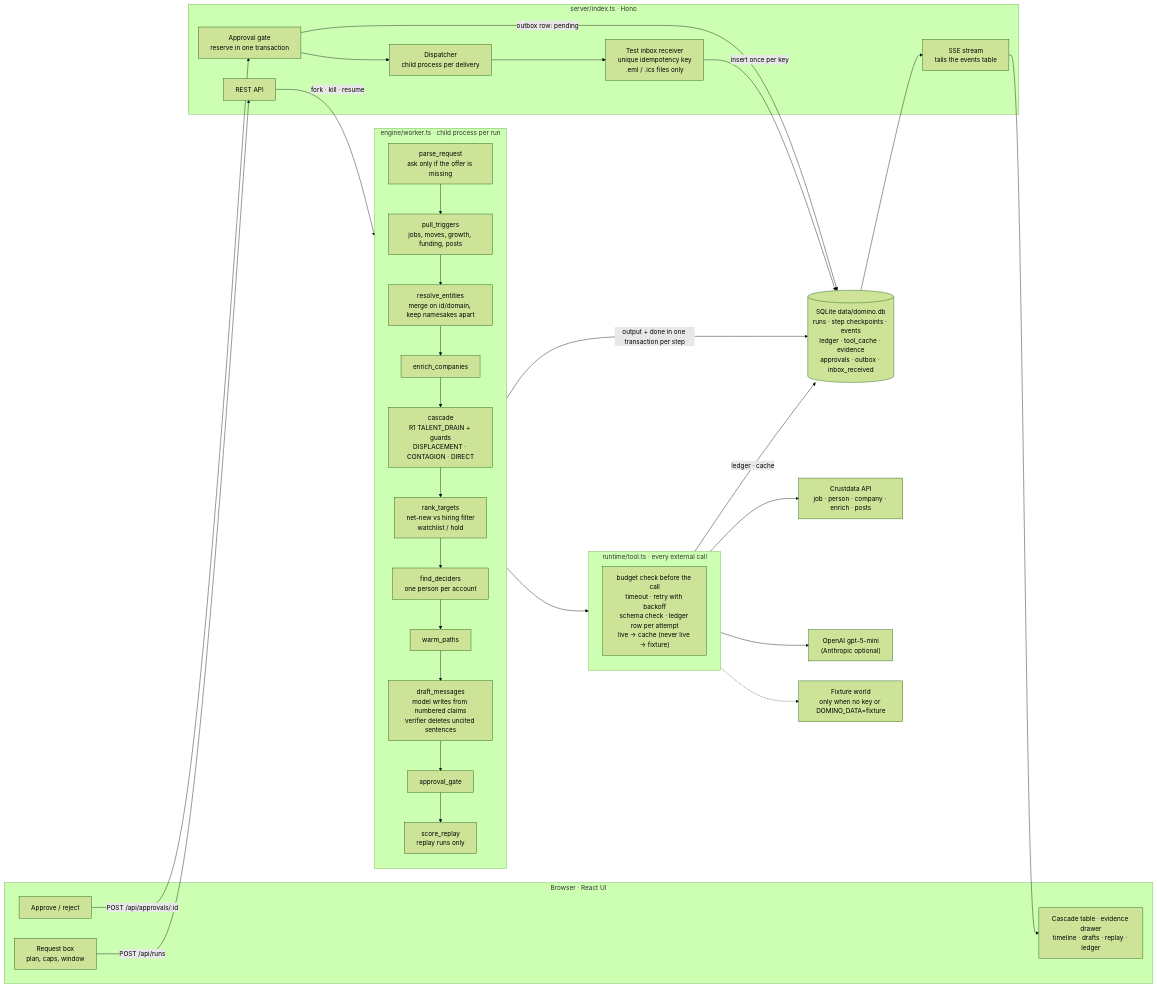
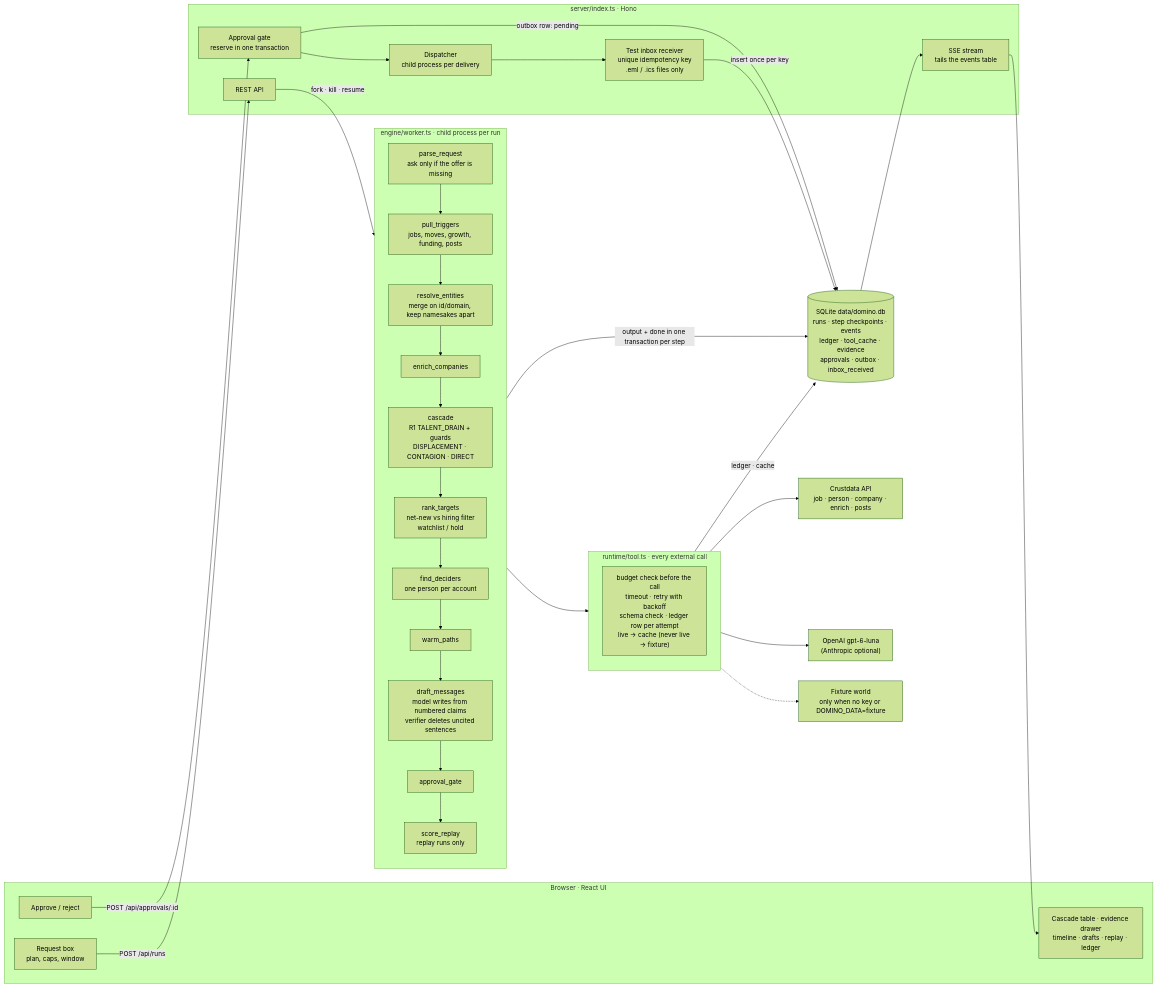
One commit to Begarudev/domino changed the diagram in docs/architecture.mmd. Above: the diagram before and after it, drawn with Mermaid (forest theme). The commit also changed 4 other files, not shown here.

First line of the commit message:
Default model gpt-6-luna (reasoning effort none: ~1.2-1.6s per draft, no timeouts); Luna pricing in the ledger

```diff
--- a/docs/architecture.mmd
+++ b/docs/architecture.mmd
@@ -1,53 +1,53 @@
 flowchart LR
   subgraph Browser["Browser · React UI"]
     REQ["Request box<br/>plan, caps, window"]
     VIEW["Cascade table · evidence drawer<br/>timeline · drafts · replay · ledger"]
     APPROVE["Approve / reject"]
   end
 
   subgraph Server["server/index.ts · Hono"]
     API["REST API"]
     SSE["SSE stream<br/>tails the events table"]
     GATE["Approval gate<br/>reserve in one transaction"]
     DISPATCH["Dispatcher<br/>child process per delivery"]
     INBOX["Test inbox receiver<br/>unique idempotency key<br/>.eml / .ics files only"]
   end
 
   subgraph Engine["engine/worker.ts · child process per run"]
     direction TB
     S1["parse_request<br/>ask only if the offer is missing"]
     S2["pull_triggers<br/>jobs, moves, growth, funding, posts"]
     S3["resolve_entities<br/>merge on id/domain, keep namesakes apart"]
     S4["enrich_companies"]
     S5["cascade<br/>R1 TALENT_DRAIN + guards<br/>DISPLACEMENT · CONTAGION · DIRECT"]
     S6["rank_targets<br/>net-new vs hiring filter<br/>watchlist / hold"]
     S7["find_deciders<br/>one person per account"]
     S8["warm_paths"]
     S9["draft_messages<br/>model writes from numbered claims<br/>verifier deletes uncited sentences"]
     S10["approval_gate"]
     S11["score_replay<br/>replay runs only"]
     S1 --> S2 --> S3 --> S4 --> S5 --> S6 --> S7 --> S8 --> S9 --> S10 --> S11
   end
 
   subgraph Tool["runtime/tool.ts · every external call"]
     T["budget check before the call<br/>timeout · retry with backoff<br/>schema check · ledger row per attempt<br/>live → cache (never live → fixture)"]
   end
 
   DB[("SQLite data/domino.db<br/>runs · step checkpoints · events<br/>ledger · tool_cache · evidence<br/>approvals · outbox · inbox_received")]
   CD["Crustdata API<br/>job · person · company · enrich · posts"]
-  LLM["OpenAI gpt-5-mini<br/>(Anthropic optional)"]
+  LLM["OpenAI gpt-6-luna<br/>(Anthropic optional)"]
   FX["Fixture world<br/>only when no key or DOMINO_DATA=fixture"]
 
   REQ -->|POST /api/runs| API
   API -->|fork · kill · resume| Engine
   Engine --> Tool
   Tool --> CD
   Tool --> LLM
   Tool -.-> FX
   Engine -->|output + done in one transaction per step| DB
   Tool -->|ledger · cache| DB
   DB --> SSE --> VIEW
   APPROVE -->|POST /api/approvals/:id| GATE
   GATE -->|outbox row: pending| DB
   GATE --> DISPATCH --> INBOX
   INBOX -->|insert once per key| DB
```
